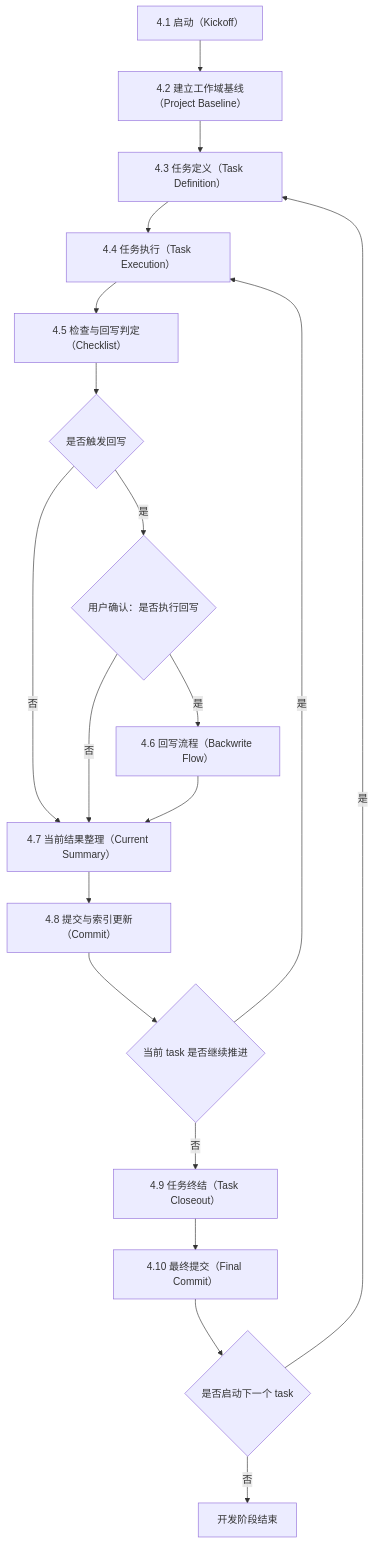
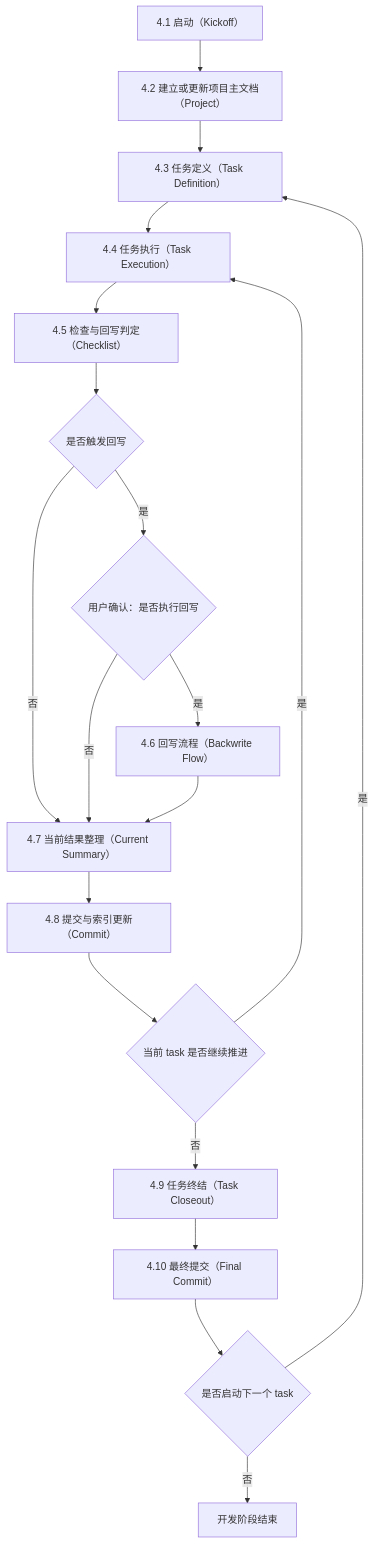
The diagram in skills/doc-driven-dev/SKILL.md (rocketion/my_skills), drawn with Mermaid before and after one commit. The commit also changed other lines of this file and 3 other files, not shown here.

````diff
--- a/skills/doc-driven-dev/SKILL.md
+++ b/skills/doc-driven-dev/SKILL.md
@@ -36,23 +36,23 @@
 ```mermaid
 flowchart TD
-  s71["4.1 启动（Kickoff）"] --> s72["4.2 建立工作域基线（Project Baseline）"]
+  s71["4.1 启动（Kickoff）"] --> s72["4.2 建立或更新项目主文档（Project）"]
   s72 --> s73["4.3 任务定义（Task Definition）"]
   s73 --> s74["4.4 任务执行（Task Execution）"]
   s74 --> s75["4.5 检查与回写判定（Checklist）"]
 
   s75 --> d_need{"是否触发回写"}
   d_need -- 否 --> s77["4.7 当前结果整理（Current Summary）"]
   d_need -- 是 --> d_backwrite{"用户确认：是否执行回写"}
   d_backwrite -- 否 --> s77
   d_backwrite -- 是 --> s76["4.6 回写流程（Backwrite Flow）"]
   s76 --> s77
 
   s77 --> s78["4.8 提交与索引更新（Commit）"]
   s78 --> d_continue{"当前 task 是否继续推进"}
   d_continue -- 是 --> s74
   d_continue -- 否 --> s79["4.9 任务终结（Task Closeout）"]
   s79 --> s710["4.10 最终提交（Final Commit）"]
   s710 --> d_next_task{"是否启动下一个 task"}
   d_next_task -- 是 --> s73
   d_next_task -- 否 --> done[开发阶段结束]
 ```
````
